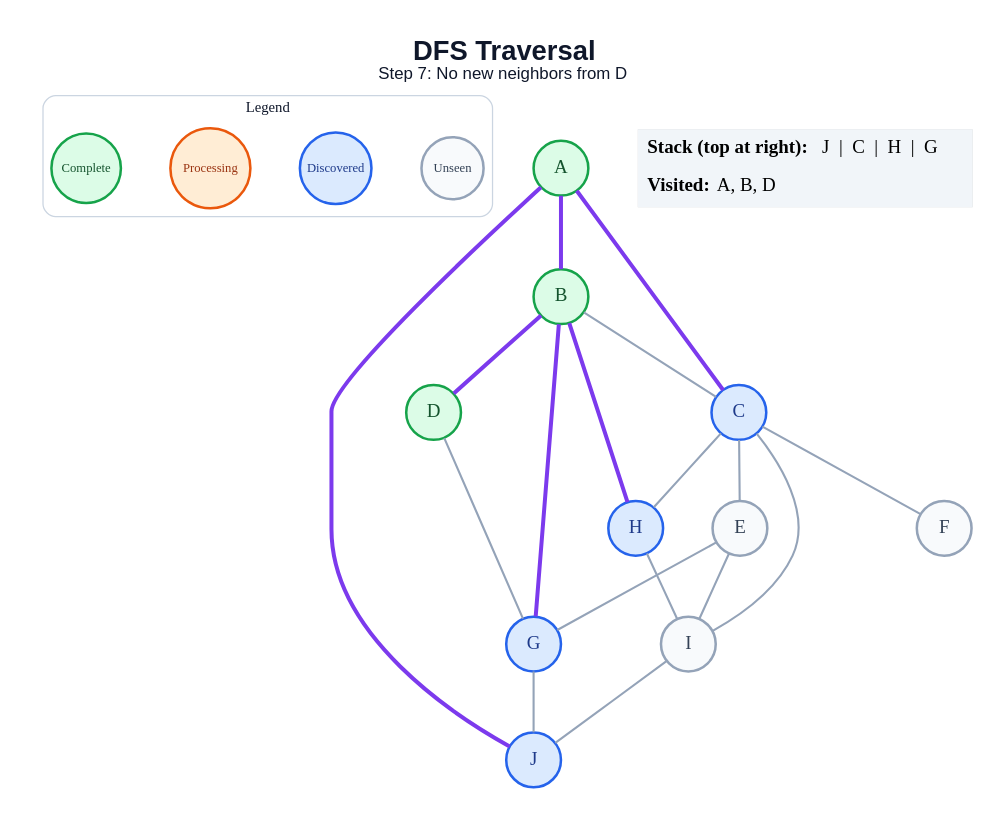
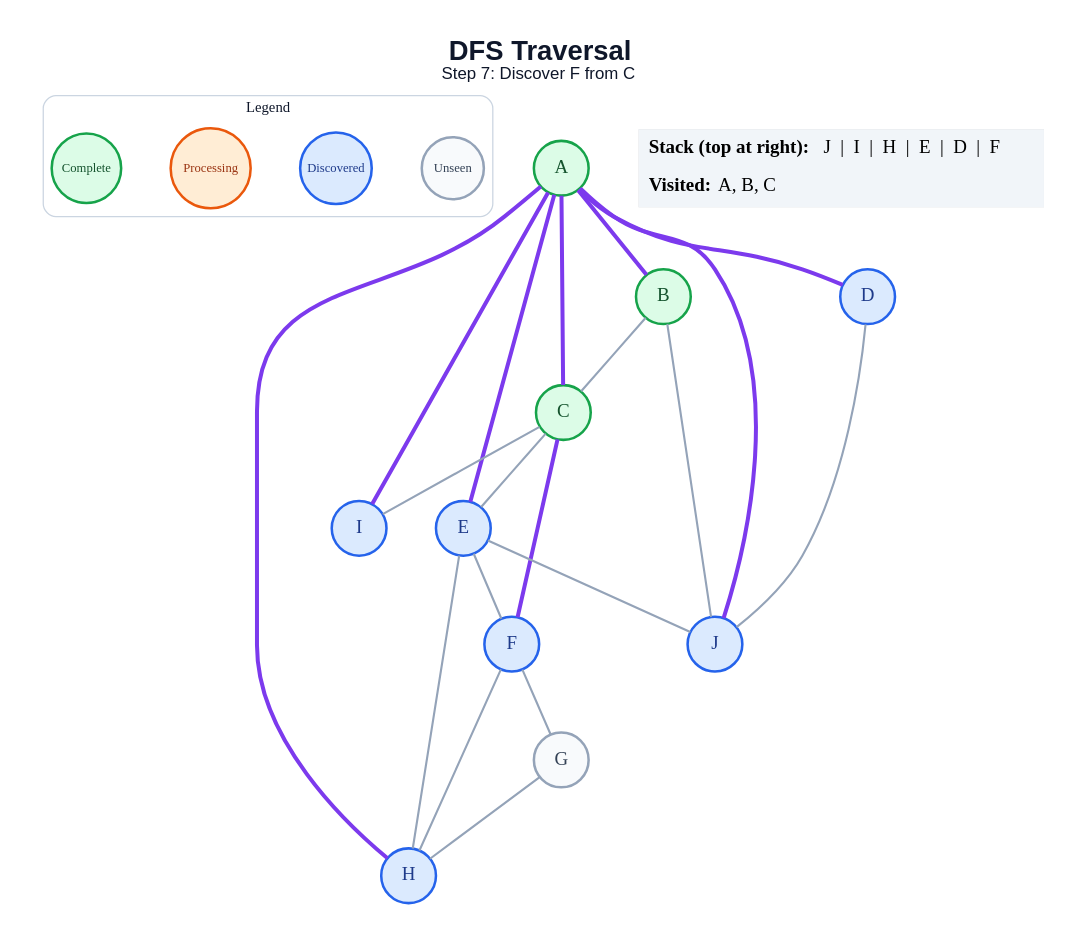
One commit to anon7238593-create/ai-slop changed the diagram in generated/dfs/step_07.dot. Above: the diagram before and after it, drawn with Graphviz. The commit also changed 171 other files, not shown here.

```diff
--- a/generated/dfs/step_07.dot
+++ b/generated/dfs/step_07.dot
@@ -1,46 +1,48 @@
 graph traversal {
   graph [layout=dot, rankdir=TB, bgcolor="#FFFFFF", pad="0.35", nodesep="0.65", ranksep="0.8", fontname="Arial"];
   node [shape=circle, style="filled", fontname="Arial Bold", fontsize=18, width=0.72, fixedsize=true, penwidth=2.4];
   edge [color="#94A3B8", penwidth=2.0];
-  label=<<B>DFS Traversal</B><BR/><FONT POINT-SIZE="16">Step 7: No new neighbors from D</FONT>>; labelloc="t"; fontsize=26; fontname="Arial"; fontcolor="#0F172A";
+  label=<<B>DFS Traversal</B><BR/><FONT POINT-SIZE="16">Step 7: Discover F from C</FONT>>; labelloc="t"; fontsize=26; fontname="Arial"; fontcolor="#0F172A";
   subgraph cluster_legend { label="Legend"; color="#CBD5E1"; penwidth=1.2; style="rounded"; fontsize=14; fontname="Arial Bold";
     key_unseen [label="Unseen", fillcolor="#F8FAFC", color="#94A3B8", fontcolor="#334155", fontsize=12, width=0.82];
     key_frontier [label="Discovered", fillcolor="#DBEAFE", color="#2563EB", fontcolor="#1E3A8A", fontsize=12, width=0.95];
     key_current [label="Processing", fillcolor="#FFEDD5", color="#EA580C", fontcolor="#9A3412", fontsize=12, width=1.05];
     key_done [label="Complete", fillcolor="#DCFCE7", color="#16A34A", fontcolor="#14532D", fontsize=12, width=0.92];
     { rank=same; key_unseen; key_frontier; key_current; key_done; }
   }
   A [fillcolor="#DCFCE7", color="#16A34A", fontcolor="#14532D"];
   B [fillcolor="#DCFCE7", color="#16A34A", fontcolor="#14532D"];
-  C [fillcolor="#DBEAFE", color="#2563EB", fontcolor="#1E3A8A"];
-  D [fillcolor="#DCFCE7", color="#16A34A", fontcolor="#14532D"];
-  E [fillcolor="#F8FAFC", color="#94A3B8", fontcolor="#334155"];
-  F [fillcolor="#F8FAFC", color="#94A3B8", fontcolor="#334155"];
-  G [fillcolor="#DBEAFE", color="#2563EB", fontcolor="#1E3A8A"];
+  C [fillcolor="#DCFCE7", color="#16A34A", fontcolor="#14532D"];
+  D [fillcolor="#DBEAFE", color="#2563EB", fontcolor="#1E3A8A"];
+  E [fillcolor="#DBEAFE", color="#2563EB", fontcolor="#1E3A8A"];
+  F [fillcolor="#DBEAFE", color="#2563EB", fontcolor="#1E3A8A"];
+  G [fillcolor="#F8FAFC", color="#94A3B8", fontcolor="#334155"];
   H [fillcolor="#DBEAFE", color="#2563EB", fontcolor="#1E3A8A"];
-  I [fillcolor="#F8FAFC", color="#94A3B8", fontcolor="#334155"];
+  I [fillcolor="#DBEAFE", color="#2563EB", fontcolor="#1E3A8A"];
   J [fillcolor="#DBEAFE", color="#2563EB", fontcolor="#1E3A8A"];
   A -- B [color="#7C3AED", penwidth=3.8];
   A -- C [color="#7C3AED", penwidth=3.8];
+  A -- D [color="#7C3AED", penwidth=3.8];
+  A -- E [color="#7C3AED", penwidth=3.8];
+  A -- H [color="#7C3AED", penwidth=3.8];
+  A -- I [color="#7C3AED", penwidth=3.8];
   A -- J [color="#7C3AED", penwidth=3.8];
   B -- C;
-  B -- D [color="#7C3AED", penwidth=3.8];
-  B -- G [color="#7C3AED", penwidth=3.8];
-  B -- H [color="#7C3AED", penwidth=3.8];
+  B -- J;
   C -- E;
-  C -- F;
-  C -- H;
+  C -- F [color="#7C3AED", penwidth=3.8];
   C -- I;
-  D -- G;
-  E -- G;
-  E -- I;
-  G -- J;
-  H -- I;
-  I -- J;
+  D -- J;
+  E -- F;
+  E -- H;
+  E -- J;
+  F -- G;
+  F -- H;
+  G -- H;
   status [shape=plain, fixedsize=false, width=0, height=0, margin=0, label=<
     <TABLE BORDER="0" CELLBORDER="0" CELLPADDING="7" BGCOLOR="#F1F5F9">
-      <TR><TD ALIGN="LEFT"><B>Stack (top at right):</B> J  |  C  |  H  |  G</TD></TR>
-      <TR><TD ALIGN="LEFT"><B>Visited:</B> A, B, D</TD></TR>
+      <TR><TD ALIGN="LEFT"><B>Stack (top at right):</B> J  |  I  |  H  |  E  |  D  |  F</TD></TR>
+      <TR><TD ALIGN="LEFT"><B>Visited:</B> A, B, C</TD></TR>
     </TABLE>
   >];
 }
```
